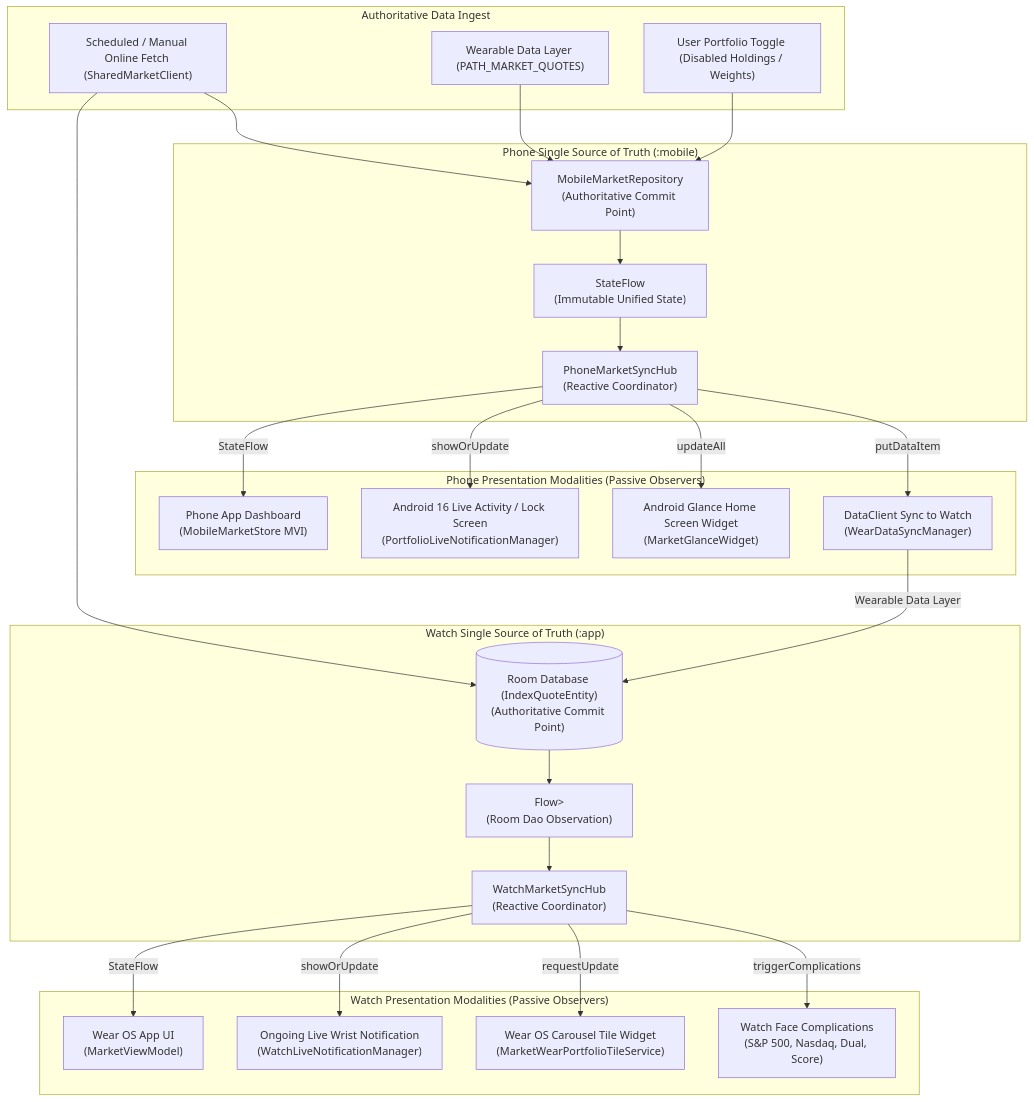
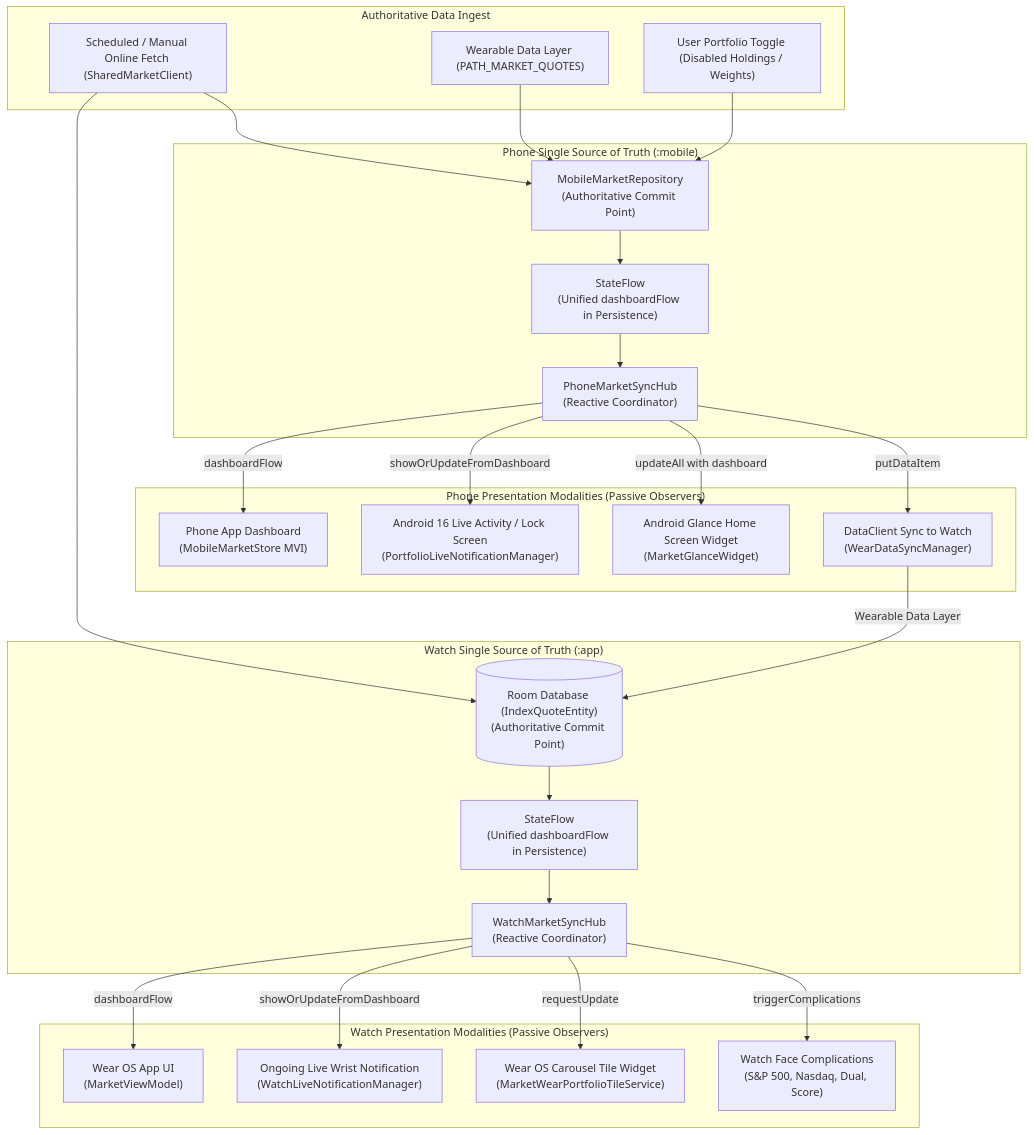
The first of 5 diagrams in README.md (mohitb117/MarketWearWatch), drawn with Mermaid before and after one commit. The commit also changed 14 other files, not shown here.

Commit message:
feat(sync): unify data update architecture with persistence dashboardFlow and update showcase website

````diff
--- a/README.md
+++ b/README.md
@@ -26,57 +26,57 @@
 ```mermaid
 flowchart TD
     subgraph TriggerSources ["Authoritative Data Ingest"]
         NetFetch["Scheduled / Manual Online Fetch (SharedMarketClient)"]
         DataLayerRx["Wearable Data Layer (PATH_MARKET_QUOTES)"]
         UserPref["User Portfolio Toggle (Disabled Holdings / Weights)"]
     end
 
     subgraph PhoneDevice ["Phone Single Source of Truth (:mobile)"]
         PhoneRepo["MobileMarketRepository\n(Authoritative Commit Point)"]
-        PhoneSnapshot["StateFlow<MarketSnapshot>\n(Immutable Unified State)"]
+        PhoneSnapshot["StateFlow<MarketDashboardState>\n(Unified dashboardFlow in Persistence)"]
         PhoneHub["PhoneMarketSyncHub\n(Reactive Coordinator)"]
 
         PhoneRepo --> PhoneSnapshot
         PhoneSnapshot --> PhoneHub
     end
 
     subgraph PhoneModalities ["Phone Presentation Modalities (Passive Observers)"]
         PhoneUI["Phone App Dashboard\n(MobileMarketStore MVI)"]
         LiveNotif["Android 16 Live Activity / Lock Screen\n(PortfolioLiveNotificationManager)"]
         GlanceWidget["Android Glance Home Screen Widget\n(MarketGlanceWidget)"]
         DataLayerTx["DataClient Sync to Watch\n(WearDataSyncManager)"]
 
-        PhoneHub -->|StateFlow| PhoneUI
-        PhoneHub -->|showOrUpdate| LiveNotif
-        PhoneHub -->|updateAll| GlanceWidget
+        PhoneHub -->|dashboardFlow| PhoneUI
+        PhoneHub -->|showOrUpdateFromDashboard| LiveNotif
+        PhoneHub -->|updateAll with dashboard| GlanceWidget
         PhoneHub -->|putDataItem| DataLayerTx
     end
 
     subgraph WatchDevice ["Watch Single Source of Truth (:app)"]
         RoomDB[("Room Database (IndexQuoteEntity)\n(Authoritative Commit Point)")]
-        WatchFlow["Flow<List<IndexQuote>>\n(Room Dao Observation)"]
+        WatchFlow["StateFlow<MarketDashboardState>\n(Unified dashboardFlow in Persistence)"]
         WatchHub["WatchMarketSyncHub\n(Reactive Coordinator)"]
 
         RoomDB --> WatchFlow
         WatchFlow --> WatchHub
     end
 
     subgraph WatchModalities ["Watch Presentation Modalities (Passive Observers)"]
         WatchUI["Wear OS App UI\n(MarketViewModel)"]
         WatchNotif["Ongoing Live Wrist Notification\n(WatchLiveNotificationManager)"]
         WatchTile["Wear OS Carousel Tile Widget\n(MarketWearPortfolioTileService)"]
         Complications["Watch Face Complications\n(S&P 500, Nasdaq, Dual, Score)"]
 
-        WatchHub -->|StateFlow| WatchUI
-        WatchHub -->|showOrUpdate| WatchNotif
+        WatchHub -->|dashboardFlow| WatchUI
+        WatchHub -->|showOrUpdateFromDashboard| WatchNotif
         WatchHub -->|requestUpdate| WatchTile
         WatchHub -->|triggerComplications| Complications
     end
 
     NetFetch --> PhoneRepo
     DataLayerRx --> PhoneRepo
     UserPref --> PhoneRepo
 
     NetFetch --> RoomDB
     DataLayerTx -->|Wearable Data Layer| RoomDB
 ```
````
